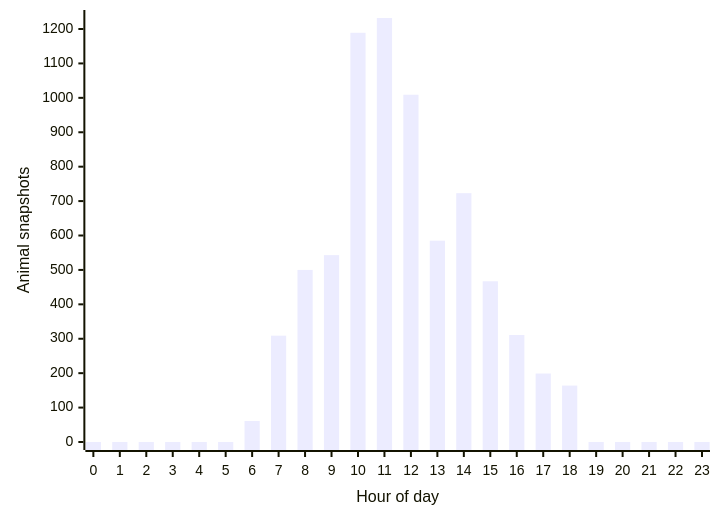
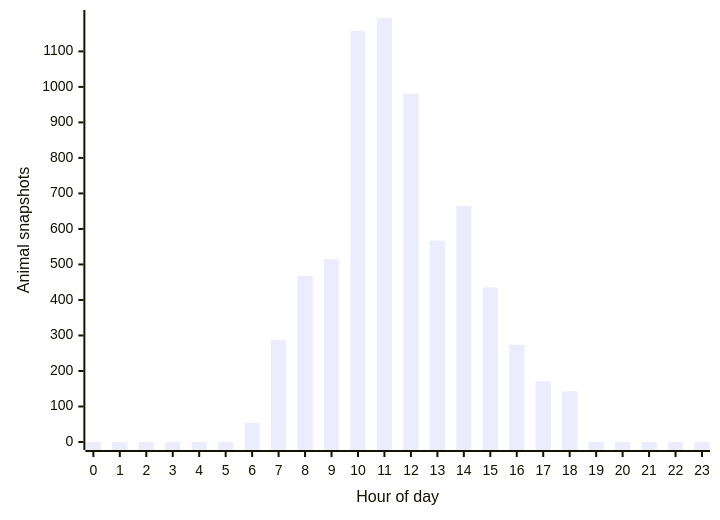
One commit to joshuafrommeyer-35/PierTracker changed the second of 3 diagrams in README.md. Above: the diagram before and after it, drawn with Mermaid. The commit also changed other lines of this file and 17 other files, not shown here.

````diff
--- a/README.md
+++ b/README.md
@@ -133,6 +137,6 @@
 ```mermaid
 xychart-beta
     x-axis "Hour of day" [0, 1, 2, 3, 4, 5, 6, 7, 8, 9, 10, 11, 12, 13, 14, 15, 16, 17, 18, 19, 20, 21, 22, 23]
     y-axis "Animal snapshots"
-    bar [0, 0, 0, 0, 0, 0, 61, 309, 500, 543, 1189, 1232, 1009, 585, 723, 467, 311, 199, 164, 0, 0, 0, 0, 0]
+    bar [0, 0, 0, 0, 0, 0, 54, 288, 468, 515, 1158, 1194, 981, 567, 665, 435, 274, 171, 143, 0, 0, 0, 0, 0]
 ```
````
